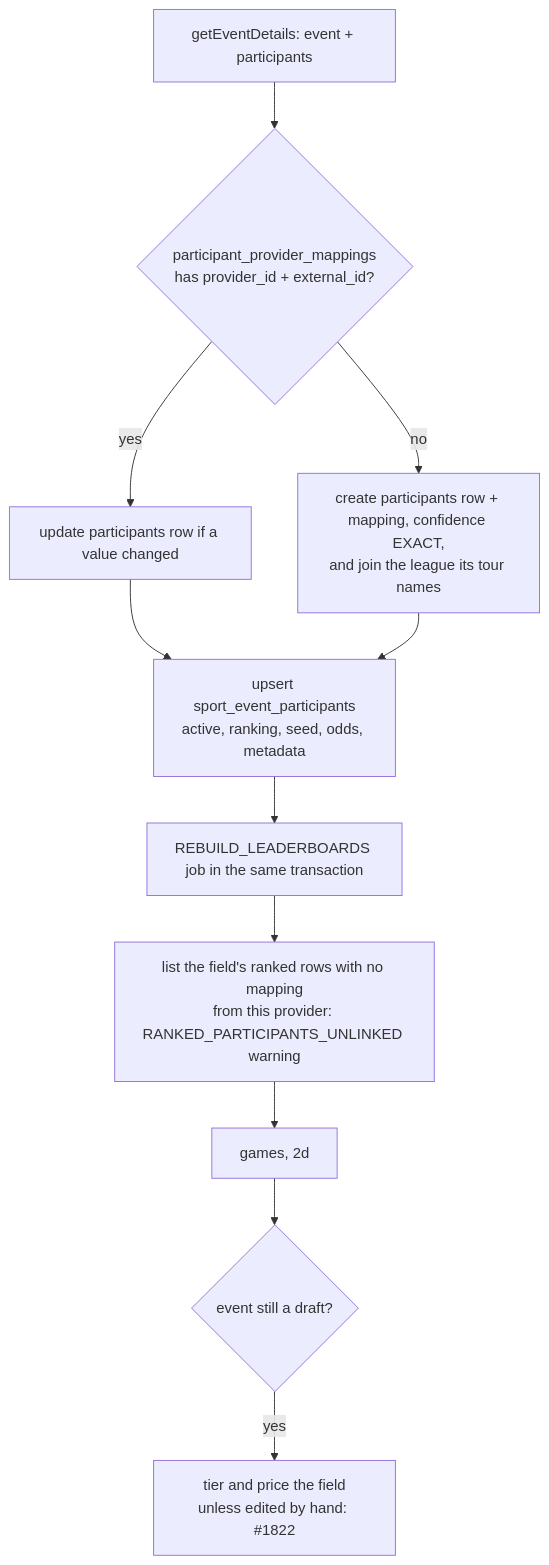
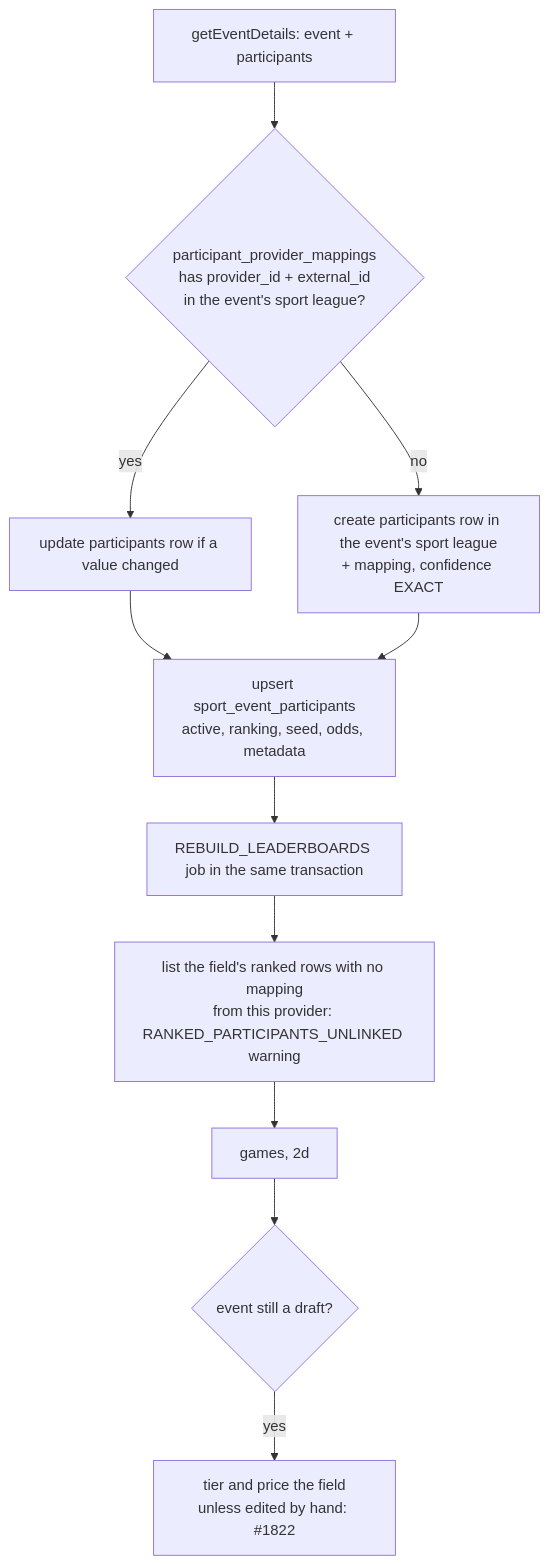
The second of 4 diagrams in docs/LIVE-SPORTS-DATA-SYNC.md (derek-dorazio/pool-master), drawn with Mermaid before and after one commit. The commit also changed other lines of this file and 208 other files, not shown here.

First line of the commit message:
Participants belong to one sport league (#1878)

````diff
--- a/docs/LIVE-SPORTS-DATA-SYNC.md
+++ b/docs/LIVE-SPORTS-DATA-SYNC.md
@@ -210,12 +212,12 @@
 ```mermaid
 flowchart TD
-  D[getEventDetails: event + participants] --> M{participant_provider_mappings<br/>has provider_id + external_id?}
+  D[getEventDetails: event + participants] --> M{participant_provider_mappings<br/>has provider_id + external_id<br/>in the event's sport league?}
   M -- yes --> U[update participants row if a value changed]
-  M -- no --> CR[create participants row + mapping, confidence EXACT,<br/>and join the league its tour names]
+  M -- no --> CR[create participants row in the event's sport league<br/>+ mapping, confidence EXACT]
   U & CR --> F[upsert sport_event_participants<br/>active, ranking, seed, odds, metadata]
   F --> J[REBUILD_LEADERBOARDS job in the same transaction]
   J --> W[list the field's ranked rows with no mapping<br/>from this provider: RANKED_PARTICIPANTS_UNLINKED warning]
   W --> G[games, 2d]
   G --> T{event still a draft?}
   T -- yes --> TP[tier and price the field<br/>unless edited by hand: #1822]
 ```
````
